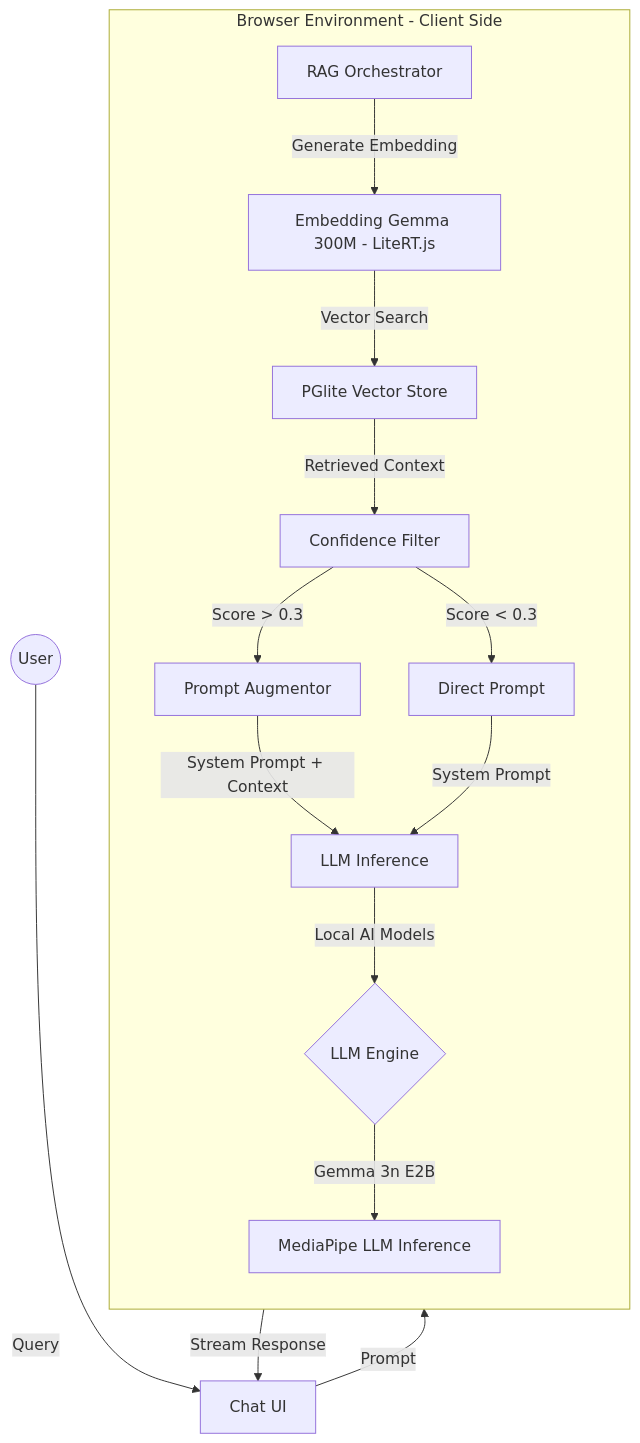
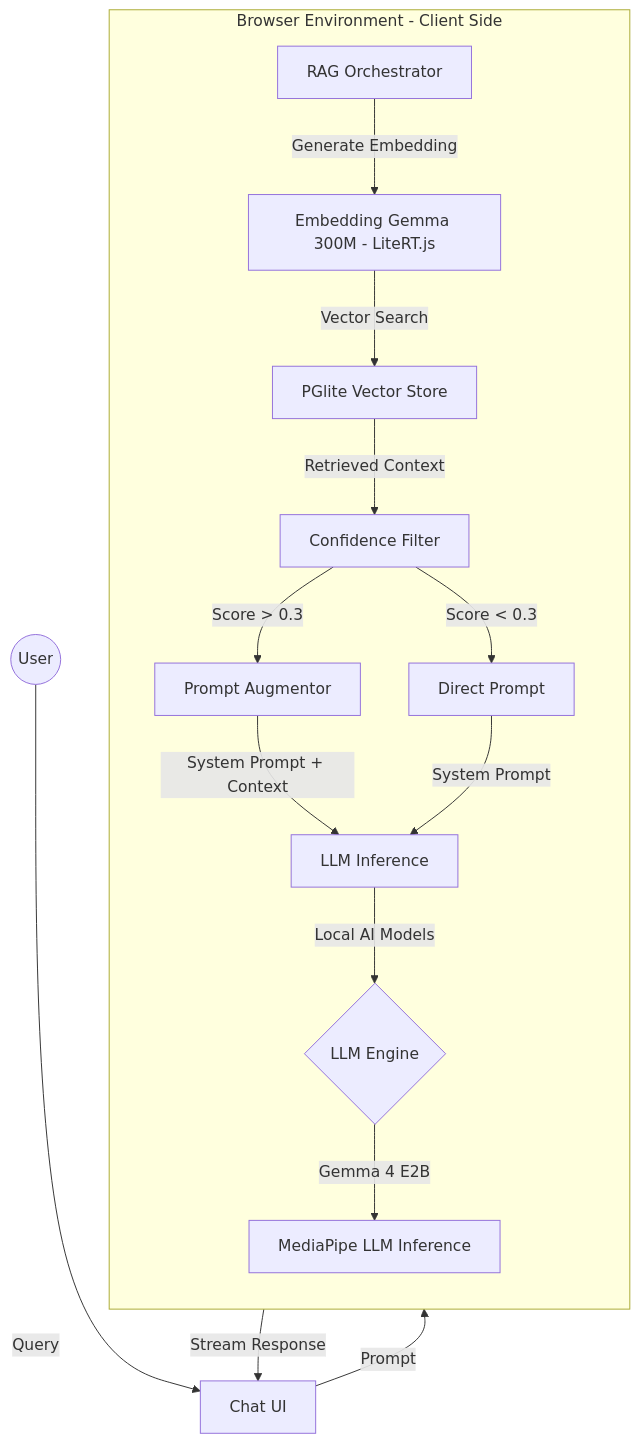
Before and after one commit to Buddhilive/buddhi-ai: the diagram in README.md, drawn with Mermaid. The commit also changed other lines of this file, not shown here.

````diff
--- a/README.md
+++ b/README.md
@@ -28,23 +36,23 @@
 ```mermaid
 graph TD
     User((User)) -->|Query| UI[Chat UI]
     UI -->|Prompt| RAG[RAG Orchestrator]
     
     subgraph Browser_Environment [Browser Environment - Client Side]
         direction TB
         RAG -->|Generate Embedding| EMB[Embedding Gemma 300M - LiteRT.js]
         EMB -->|Vector Search| PGL[PGlite Vector Store]
         PGL -->|Retrieved Context| CF[Confidence Filter]
         
         CF -->|Score > 0.3| AUG[Prompt Augmentor]
         CF -->|Score < 0.3| NO_AUG[Direct Prompt]
         
         AUG -->|System Prompt + Context| INF[LLM Inference]
         NO_AUG -->|System Prompt| INF
         
         INF -->|Local AI Models| LLM{LLM Engine}
-        LLM -->|Gemma 3n E2B| MP[MediaPipe LLM Inference]
+        LLM -->|Gemma 4 E2B| MP[MediaPipe LLM Inference]
     end
     
     INF -->|Stream Response| UI
 ```
````
